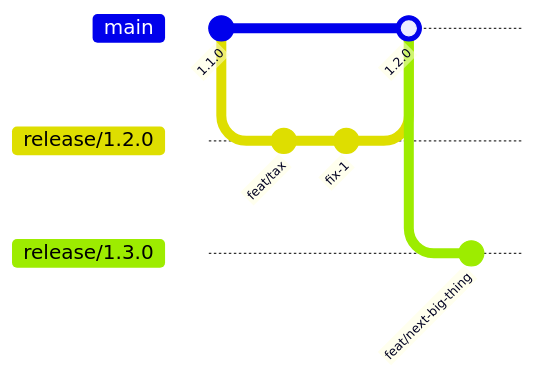
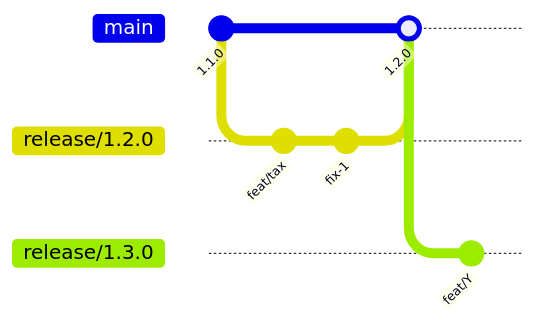
The eighth of 14 diagrams in contents/blog/practical-git-strategies-for-mobile-app-release.md (alifgiant/alifgiant.github.io), drawn with Mermaid before and after one commit. The commit also changed other lines of this file, not shown here.

````diff
--- a/contents/blog/practical-git-strategies-for-mobile-app-release.md
+++ b/contents/blog/practical-git-strategies-for-mobile-app-release.md
@@ -207,14 +207,14 @@
 ```mermaid
 %%{init: { 'theme': 'default' } }%%
 gitGraph
 		commit id: "1.1.0"
     branch release/1.2.0
     commit id: "feat/tax"
     commit id: "fix-1"
     checkout main
     merge release/1.2.0 id: "1.2.0"
     branch release/1.3.0
     checkout release/1.3.0
-    commit id: "feat/next-big-thing"
+    commit id: "feat/Y"
 
 ```
````
